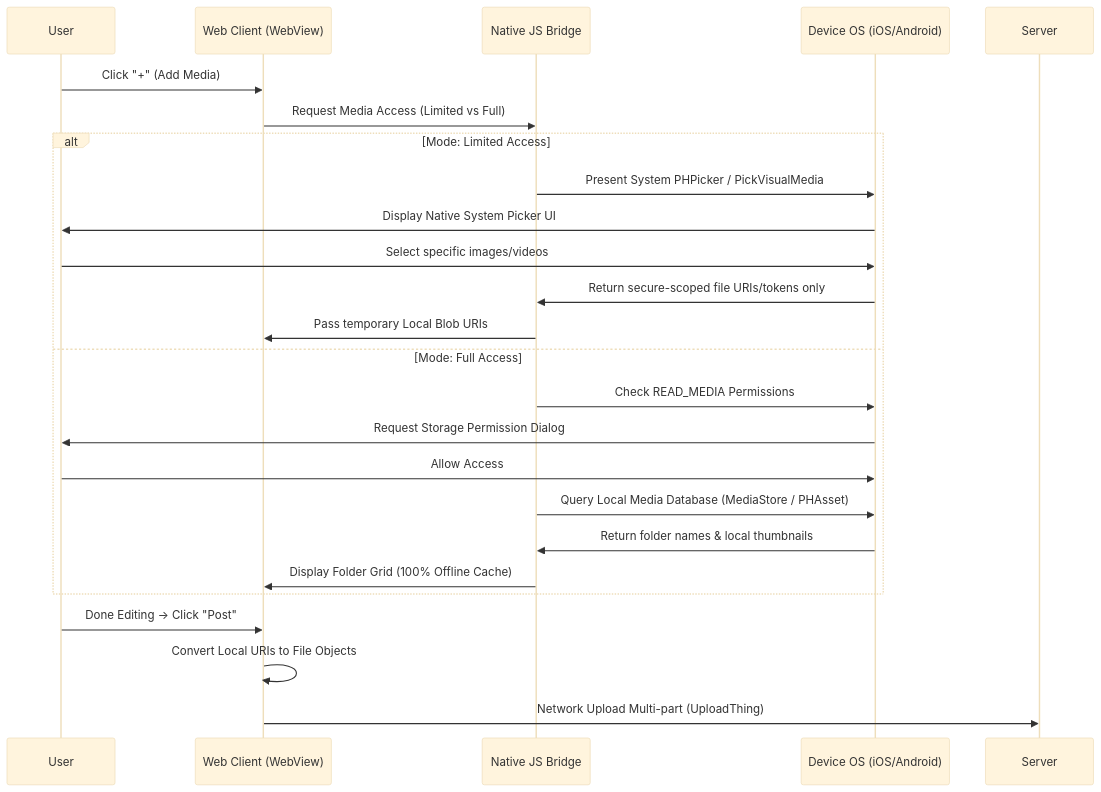
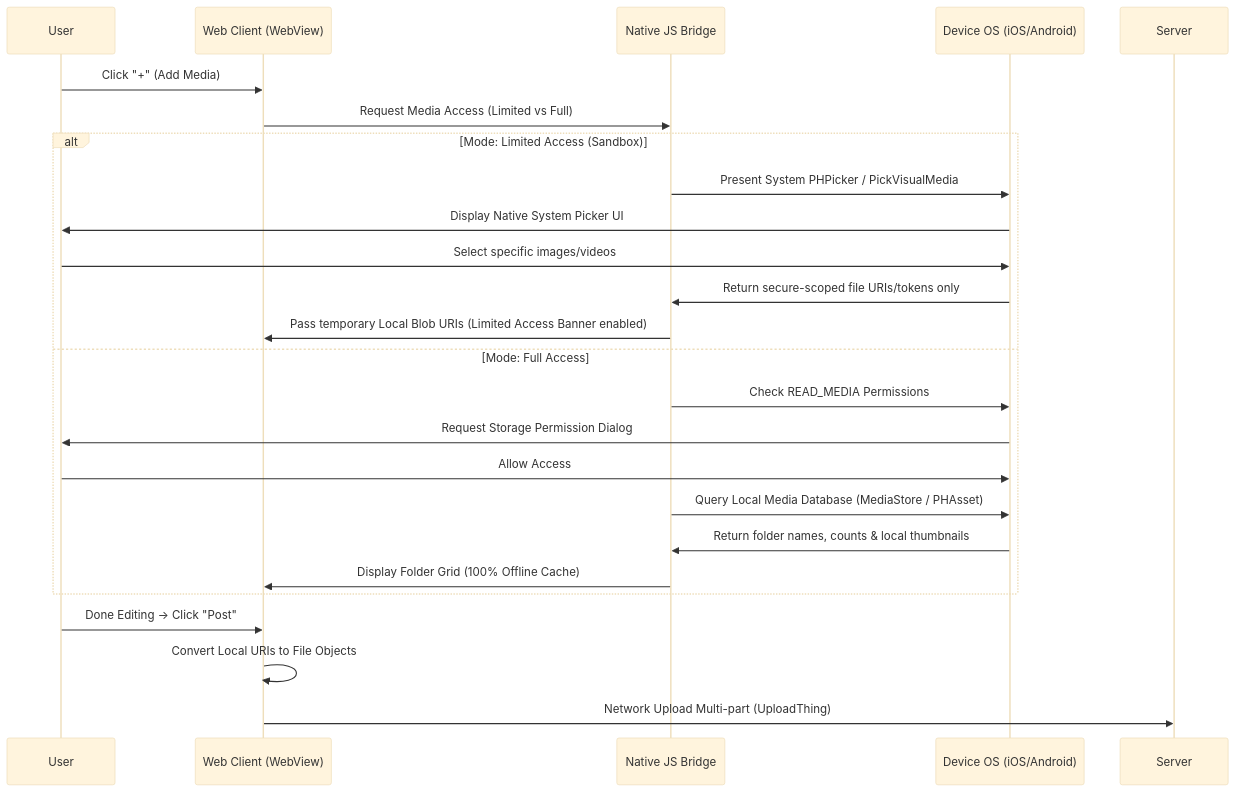
One commit to Nexus2005/Social_Media changed the diagram in NATIVE-GALLERY-SPEC.md. Above: the diagram before and after it, drawn with Mermaid (base theme). The commit also changed other lines of this file and 2 other files, not shown here.

Commit message:
feat(creator): add folders dropdown, tab-specific video filtering, and limited library access warning banners

````diff
--- a/NATIVE-GALLERY-SPEC.md
+++ b/NATIVE-GALLERY-SPEC.md
@@ -9,29 +9,29 @@
 ```mermaid
 sequenceDiagram
     participant User
     participant WebApp as Web Client (WebView)
     participant Bridge as Native JS Bridge
     participant OS as Device OS (iOS/Android)
     
     User->>WebApp: Click "+" (Add Media)
     WebApp->>Bridge: Request Media Access (Limited vs Full)
     
-    alt Mode: Limited Access
+    alt Mode: Limited Access (Sandbox)
         Bridge->>OS: Present System PHPicker / PickVisualMedia
         OS->>User: Display Native System Picker UI
         User->>OS: Select specific images/videos
         OS->>Bridge: Return secure-scoped file URIs/tokens only
-        Bridge->>WebApp: Pass temporary Local Blob URIs
+        Bridge->>WebApp: Pass temporary Local Blob URIs (Limited Access Banner enabled)
     else Mode: Full Access
         Bridge->>OS: Check READ_MEDIA Permissions
         OS->>User: Request Storage Permission Dialog
         User->>OS: Allow Access
         Bridge->>OS: Query Local Media Database (MediaStore / PHAsset)
-        OS->>Bridge: Return folder names & local thumbnails
+        OS->>Bridge: Return folder names, counts & local thumbnails
         Bridge->>WebApp: Display Folder Grid (100% Offline Cache)
     end
     
     User->>WebApp: Done Editing -> Click "Post"
     WebApp->>WebApp: Convert Local URIs to File Objects
     WebApp->>Server: Network Upload Multi-part (UploadThing)
 ```
````
